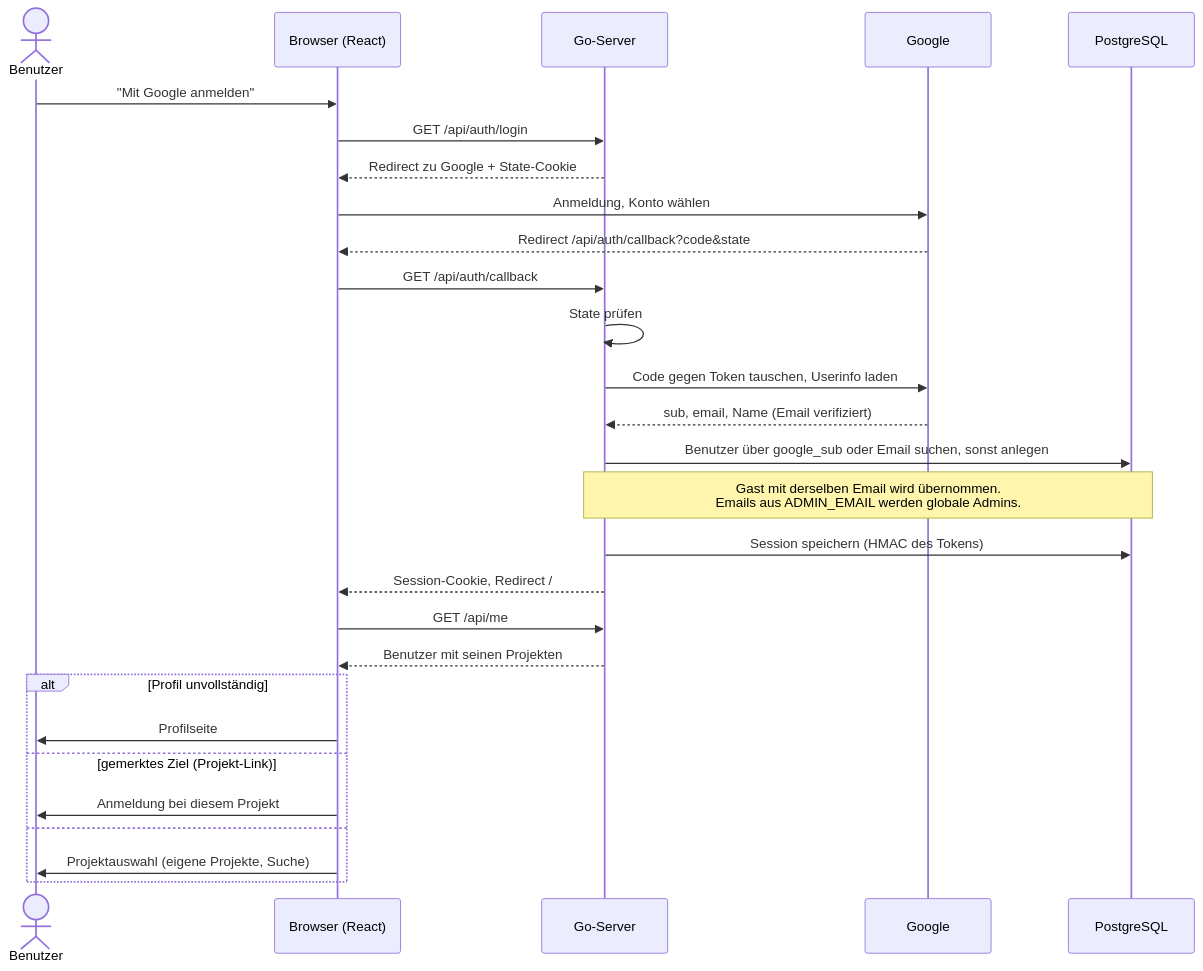
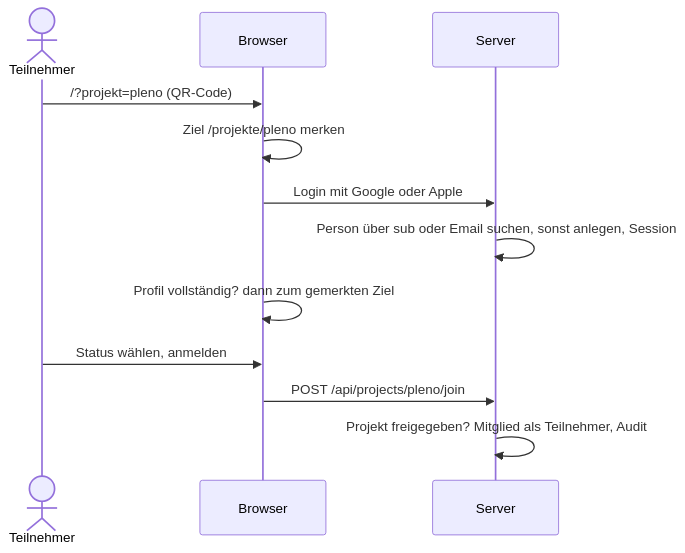
The third of 4 diagrams in docs/architektur.md (tribock/midnightsports), drawn with Mermaid before and after one commit. The commit also changed other lines of this file and 13 other files, not shown here.

````diff
--- a/docs/architektur.md
+++ b/docs/architektur.md
@@ -338,31 +154,15 @@
 ```mermaid
 sequenceDiagram
-    actor U as Benutzer
-    participant B as Browser (React)
-    participant S as Go-Server
-    participant G as Google
-    participant DB as PostgreSQL
+    actor T as Teilnehmer
+    participant B as Browser
+    participant S as Server
 
-    U->>B: "Mit Google anmelden"
-    B->>S: GET /api/auth/login
-    S-->>B: Redirect zu Google + State-Cookie
-    B->>G: Anmeldung, Konto wählen
-    G-->>B: Redirect /api/auth/callback?code&state
-    B->>S: GET /api/auth/callback
-    S->>S: State prüfen
-    S->>G: Code gegen Token tauschen, Userinfo laden
-    G-->>S: sub, email, Name (Email verifiziert)
-    S->>DB: Benutzer über google_sub oder Email suchen, sonst anlegen
-    Note over S,DB: Gast mit derselben Email wird übernommen.<br/>Emails aus ADMIN_EMAIL werden globale Admins.
-    S->>DB: Session speichern (HMAC des Tokens)
-    S-->>B: Session-Cookie, Redirect /
-    B->>S: GET /api/me
-    S-->>B: Benutzer mit seinen Projekten
-    alt Profil unvollständig
-        B->>U: Profilseite
-    else gemerktes Ziel (Projekt-Link)
-        B->>U: Anmeldung bei diesem Projekt
-    else
-        B->>U: Projektauswahl (eigene Projekte, Suche)
-    end
+    T->>B: /?projekt=pleno (QR-Code)
+    B->>B: Ziel /projekte/pleno merken
+    B->>S: Login mit Google oder Apple
+    S->>S: Person über sub oder Email suchen, sonst anlegen, Session
+    B->>B: Profil vollständig? dann zum gemerkten Ziel
+    T->>B: Status wählen, anmelden
+    B->>S: POST /api/projects/pleno/join
+    S->>S: Projekt freigegeben? Mitglied als Teilnehmer, Audit
 ```
````
